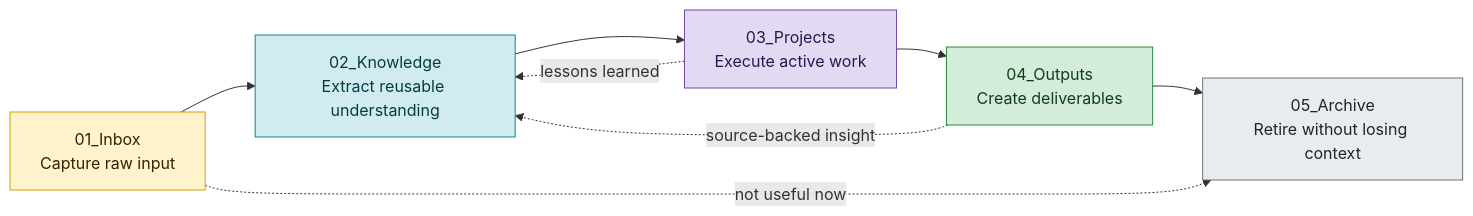
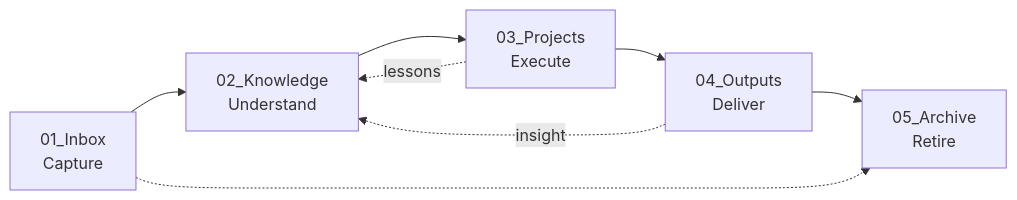
One commit to KairosVer/ai-workspace-governance changed the diagram in README.md. Above: the diagram before and after it, drawn with Mermaid. The commit also changed other lines of this file and 8 other files, not shown here.

````diff
--- a/README.md
+++ b/README.md
@@ -41,22 +9,10 @@
 ```mermaid
 flowchart LR
-  A["01_Inbox<br/>Capture raw input"] --> B["02_Knowledge<br/>Extract reusable understanding"]
-  B --> C["03_Projects<br/>Execute active work"]
-  C --> D["04_Outputs<br/>Create deliverables"]
-  D --> E["05_Archive<br/>Retire without losing context"]
-  A -. "not useful now" .-> E
-  C -. "lessons learned" .-> B
-  D -. "source-backed insight" .-> B
-
-  classDef inbox fill:#fff3cd,stroke:#d39e00,color:#2f2500;
-  classDef knowledge fill:#d1ecf1,stroke:#0c8599,color:#073b44;
-  classDef project fill:#e2d9f3,stroke:#7048a8,color:#2d174f;
-  classDef output fill:#d4edda,stroke:#2b8a3e,color:#123d1c;
-  classDef archive fill:#e9ecef,stroke:#6c757d,color:#202428;
-
-  class A inbox;
-  class B knowledge;
-  class C project;
-  class D output;
-  class E archive;
+  A["01_Inbox<br/>Capture"] --> B["02_Knowledge<br/>Understand"]
+  B --> C["03_Projects<br/>Execute"]
+  C --> D["04_Outputs<br/>Deliver"]
+  D --> E["05_Archive<br/>Retire"]
+  A -.-> E
+  C -. "lessons" .-> B
+  D -. "insight" .-> B
 ```
````
